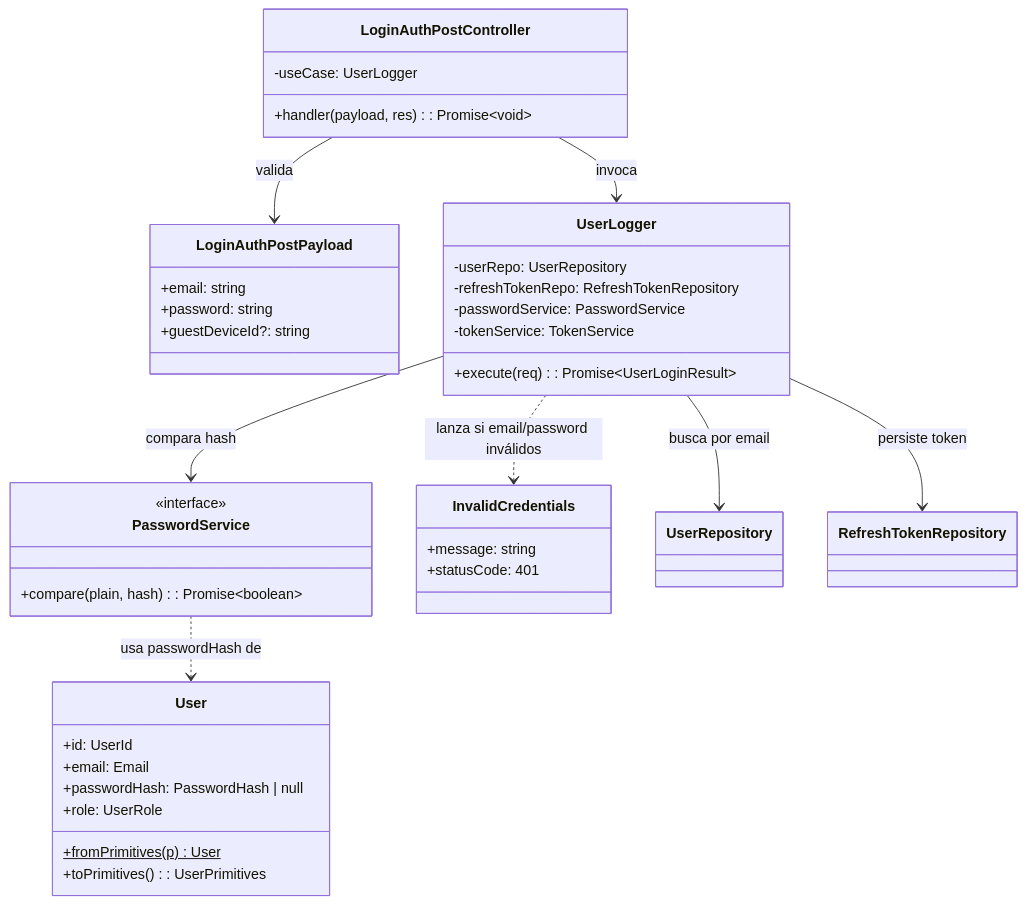
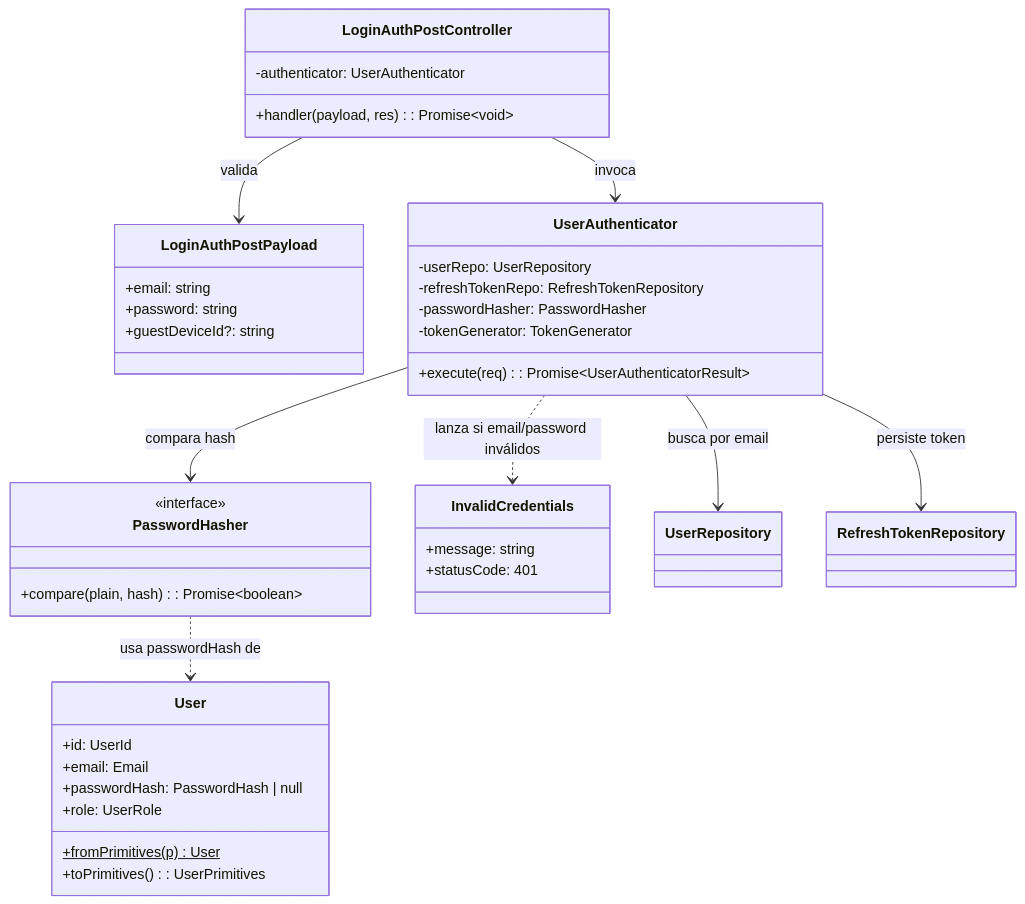
The diagram in docs/apps/api/identity/login/classes.md (AbrahamVilchesDeLaCruz/ididntcatchthat), drawn with Mermaid before and after one commit. The commit also changed 7 other files, not shown here.

````diff
--- a/docs/apps/api/identity/login/classes.md
+++ b/docs/apps/api/identity/login/classes.md
@@ -5,48 +5,48 @@
 ```mermaid
 classDiagram
     class LoginAuthPostController {
-        -useCase: UserLogger
+        -authenticator: UserAuthenticator
         +handler(payload, res): Promise~void~
     }
 
     class LoginAuthPostPayload {
         +email: string
         +password: string
         +guestDeviceId?: string
     }
 
-    class UserLogger {
+    class UserAuthenticator {
         -userRepo: UserRepository
         -refreshTokenRepo: RefreshTokenRepository
-        -passwordService: PasswordService
-        -tokenService: TokenService
-        +execute(req): Promise~UserLoginResult~
+        -passwordHasher: PasswordHasher
+        -tokenGenerator: TokenGenerator
+        +execute(req): Promise~UserAuthenticatorResult~
     }
 
     class User {
         +id: UserId
         +email: Email
         +passwordHash: PasswordHash | null
         +role: UserRole
         +fromPrimitives(p)$ User
         +toPrimitives(): UserPrimitives
     }
 
-    class PasswordService {
+    class PasswordHasher {
         <<interface>>
         +compare(plain, hash): Promise~boolean~
     }
 
     class InvalidCredentials {
         +message: string
         +statusCode: 401
     }
 
     LoginAuthPostController --> LoginAuthPostPayload : valida
-    LoginAuthPostController --> UserLogger : invoca
-    UserLogger --> UserRepository : busca por email
-    UserLogger --> PasswordService : compara hash
-    UserLogger --> RefreshTokenRepository : persiste token
-    UserLogger ..> InvalidCredentials : lanza si email/password inválidos
-    PasswordService ..> User : usa passwordHash de
+    LoginAuthPostController --> UserAuthenticator : invoca
+    UserAuthenticator --> UserRepository : busca por email
+    UserAuthenticator --> PasswordHasher : compara hash
+    UserAuthenticator --> RefreshTokenRepository : persiste token
+    UserAuthenticator ..> InvalidCredentials : lanza si email/password inválidos
+    PasswordHasher ..> User : usa passwordHash de
 ```
````
